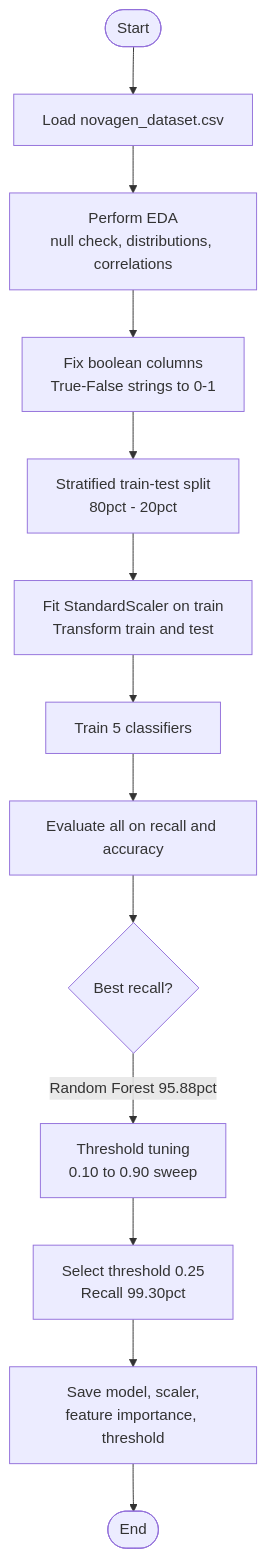
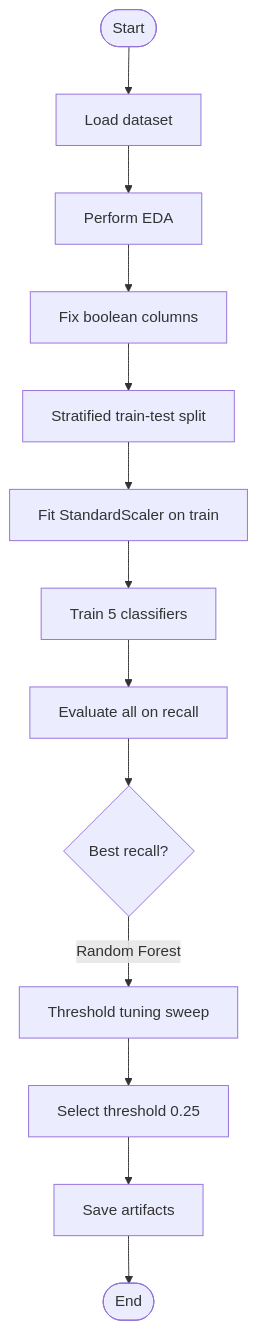
One commit to KARTHIKAKRISHNA123/vitacheck-ml changed the seventh of 14 diagrams in README.md. Above: the diagram before and after it, drawn with Mermaid. The commit also changed other lines of this file, not shown here.

````diff
--- a/README.md
+++ b/README.md
@@ -461,15 +335,15 @@
 ```mermaid
 flowchart TD
-    START([Start]) --> LOAD[Load novagen_dataset.csv]
-    LOAD --> EDA[Perform EDA\nnull check, distributions, correlations]
-    EDA --> FIXBOOL[Fix boolean columns\nTrue-False strings to 0-1]
-    FIXBOOL --> SPLIT[Stratified train-test split\n80pct - 20pct]
-    SPLIT --> SCALE[Fit StandardScaler on train\nTransform train and test]
-    SCALE --> TRAIN5[Train 5 classifiers]
-    TRAIN5 --> EVAL[Evaluate all on recall and accuracy]
-    EVAL --> BEST{Best recall?}
-    BEST -->|Random Forest 95.88pct| TUNE[Threshold tuning\n0.10 to 0.90 sweep]
-    TUNE --> SELECT[Select threshold 0.25\nRecall 99.30pct]
-    SELECT --> SAVE[Save model, scaler,\nfeature importance, threshold]
-    SAVE --> END([End])
+    S([Start]) --> L[Load dataset]
+    L --> E[Perform EDA]
+    E --> FB[Fix boolean columns]
+    FB --> SP[Stratified train-test split]
+    SP --> SC[Fit StandardScaler on train]
+    SC --> T[Train 5 classifiers]
+    T --> EV[Evaluate all on recall]
+    EV --> B{Best recall?}
+    B -->|Random Forest| TN[Threshold tuning sweep]
+    TN --> SEL[Select threshold 0.25]
+    SEL --> SV[Save artifacts]
+    SV --> EN([End])
 ```
````
